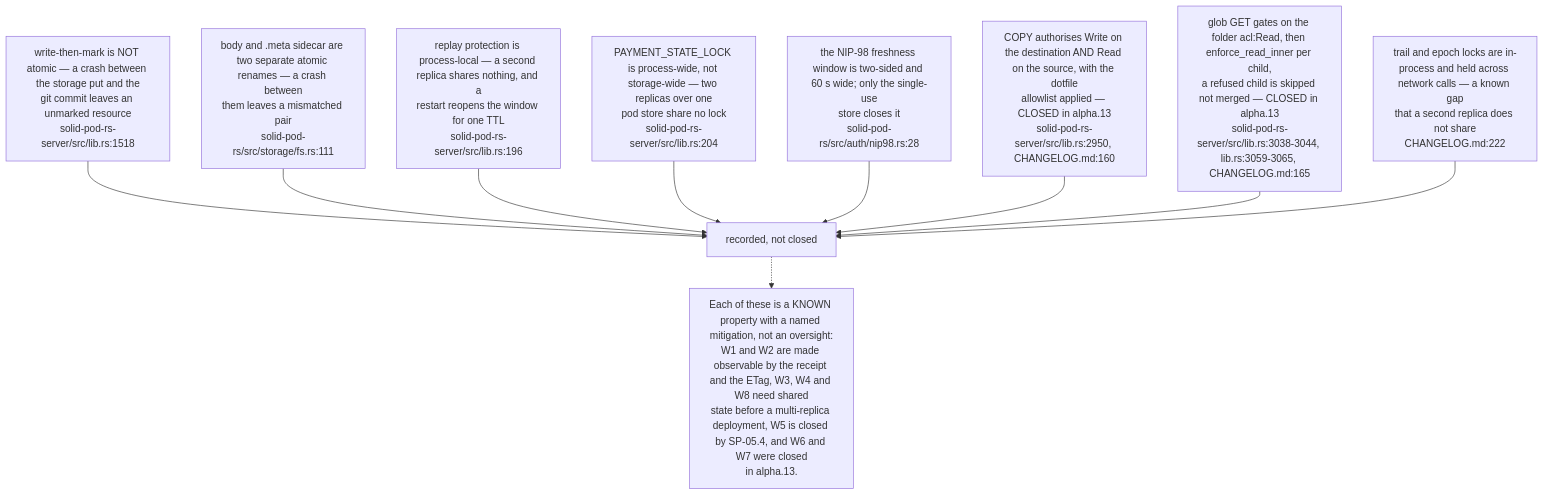
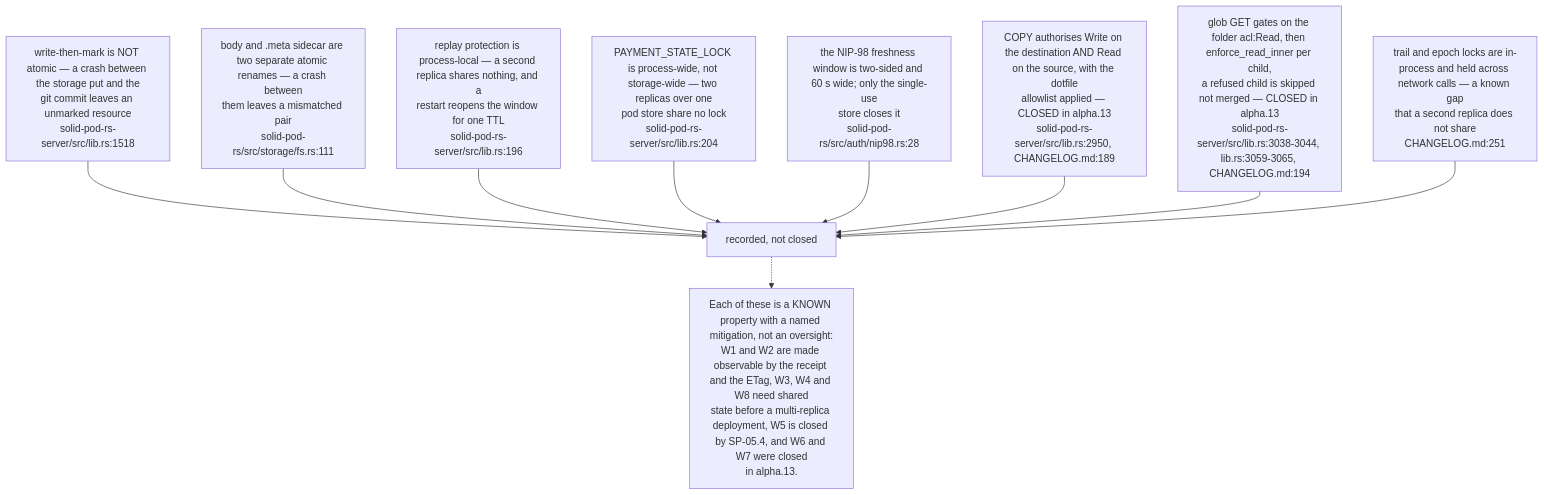
One commit to DreamLab-AI/VisionFlow changed the fourth of 12 diagrams in docs/diagrams/solid-pod-rs/10-failure-modes-and-invariants.md. Above: the diagram before and after it, drawn with Mermaid. The commit also changed other lines of this file and 142 other files, not shown here.

First line of the commit message:
docs(diagrams): one System One route; re-verify 140 topics at today's heads

````diff
--- a/docs/diagrams/solid-pod-rs/10-failure-modes-and-invariants.md
+++ b/docs/diagrams/solid-pod-rs/10-failure-modes-and-invariants.md
@@ -124,24 +124,24 @@
 ```mermaid
 flowchart TD
     W1["write-then-mark is NOT atomic — a crash between the storage put and the<br/>git commit leaves an unmarked resource<br/>solid-pod-rs-server/src/lib.rs:1518"]
     W2["body and .meta sidecar are two separate atomic renames — a crash between<br/>them leaves a mismatched pair<br/>solid-pod-rs/src/storage/fs.rs:111"]
     W3["replay protection is process-local — a second replica shares nothing, and a<br/>restart reopens the window for one TTL<br/>solid-pod-rs-server/src/lib.rs:196"]
     W4["PAYMENT_STATE_LOCK is process-wide, not storage-wide — two replicas over one<br/>pod store share no lock<br/>solid-pod-rs-server/src/lib.rs:204"]
     W5["the NIP-98 freshness window is two-sided and 60 s wide; only the single-use<br/>store closes it<br/>solid-pod-rs/src/auth/nip98.rs:28"]
-    W6["COPY authorises Write on the destination AND Read on the source, with the dotfile<br/>allowlist applied — CLOSED in alpha.13<br/>solid-pod-rs-server/src/lib.rs:2950, CHANGELOG.md:160"]
-    W7["glob GET gates on the folder acl:Read, then enforce_read_inner per child,<br/>a refused child is skipped not merged — CLOSED in alpha.13<br/>solid-pod-rs-server/src/lib.rs:3038-3044, lib.rs:3059-3065, CHANGELOG.md:165"]
+    W6["COPY authorises Write on the destination AND Read on the source, with the dotfile<br/>allowlist applied — CLOSED in alpha.13<br/>solid-pod-rs-server/src/lib.rs:2950, CHANGELOG.md:189"]
+    W7["glob GET gates on the folder acl:Read, then enforce_read_inner per child,<br/>a refused child is skipped not merged — CLOSED in alpha.13<br/>solid-pod-rs-server/src/lib.rs:3038-3044, lib.rs:3059-3065, CHANGELOG.md:194"]
 
-    W8["trail and epoch locks are in-process and held across network calls — a known gap<br/>that a second replica does not share<br/>CHANGELOG.md:222"]
+    W8["trail and epoch locks are in-process and held across network calls — a known gap<br/>that a second replica does not share<br/>CHANGELOG.md:251"]
 
     W1 --> R["recorded, not closed"]
     W2 --> R
     W3 --> R
     W4 --> R
     W5 --> R
     W6 --> R
     W7 --> R
     W8 --> R
 
     N["Each of these is a KNOWN property with a named mitigation, not an oversight:<br/>W1 and W2 are made observable by the receipt and the ETag, W3, W4 and W8 need shared<br/>state before a multi-replica deployment, W5 is closed by SP-05.4, and W6 and W7 were closed<br/>in alpha.13."]
     R -.-> N
 ```
````
